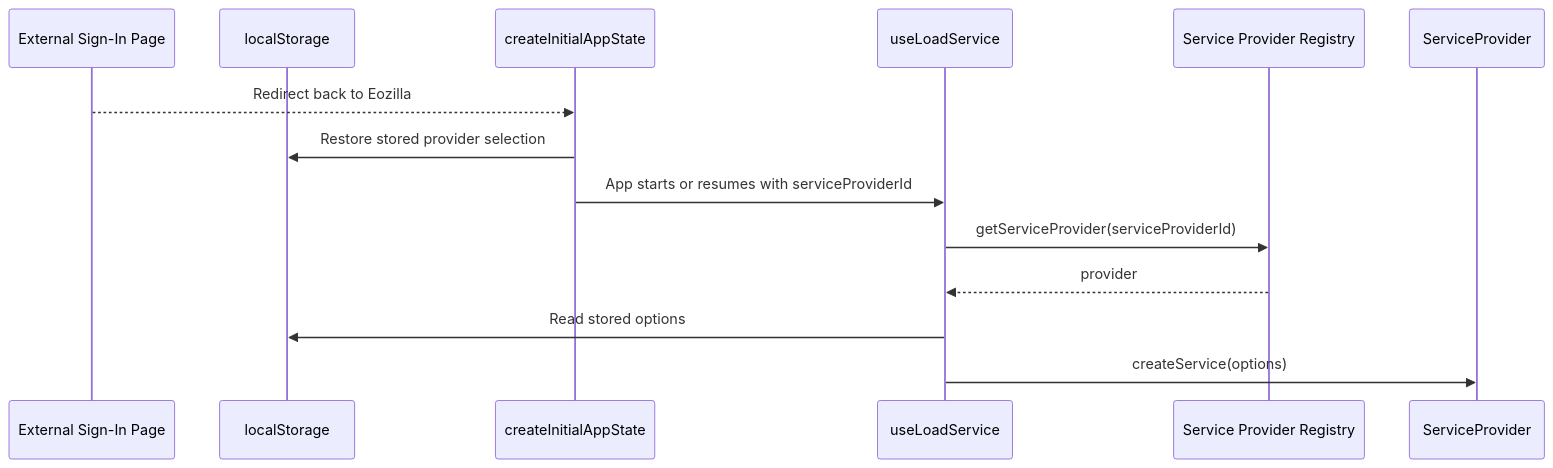
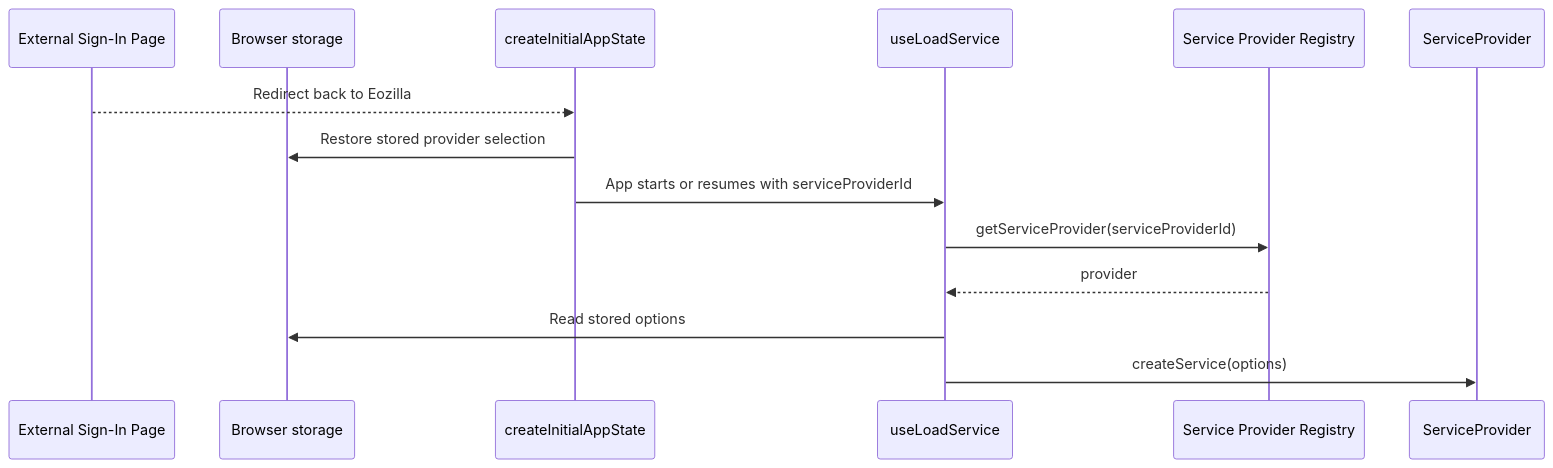
One commit to eo-tools/eozilla-app changed the second of 3 diagrams in docs/service-provider.md. Above: the diagram before and after it, drawn with Mermaid. The commit also changed other lines of this file and 9 other files, not shown here.

````diff
--- a/docs/service-provider.md
+++ b/docs/service-provider.md
@@ -167,17 +204,17 @@
 ```mermaid
 sequenceDiagram
     participant Auth as External Sign-In Page
-    participant Storage as localStorage
+    participant Storage as Browser storage
     participant Startup as createInitialAppState
     participant Hooks as useLoadService
     participant Registry as Service Provider Registry
     participant Provider as ServiceProvider
 
     Auth-->>Startup: Redirect back to Eozilla
     Startup->>Storage: Restore stored provider selection
     Startup->>Hooks: App starts or resumes with serviceProviderId
     Hooks->>Registry: getServiceProvider(serviceProviderId)
     Registry-->>Hooks: provider
     Hooks->>Storage: Read stored options
     Hooks->>Provider: createService(options)
 ```
````
